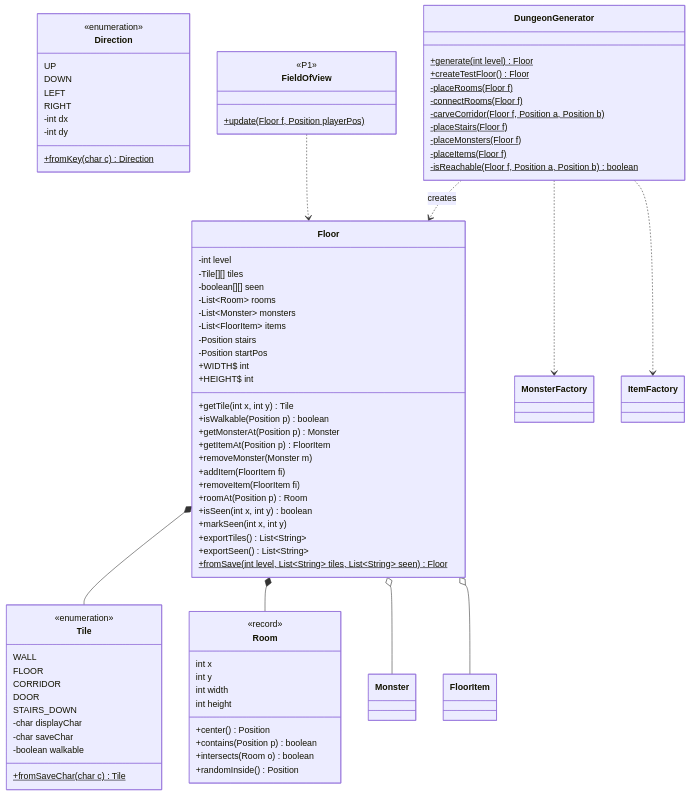
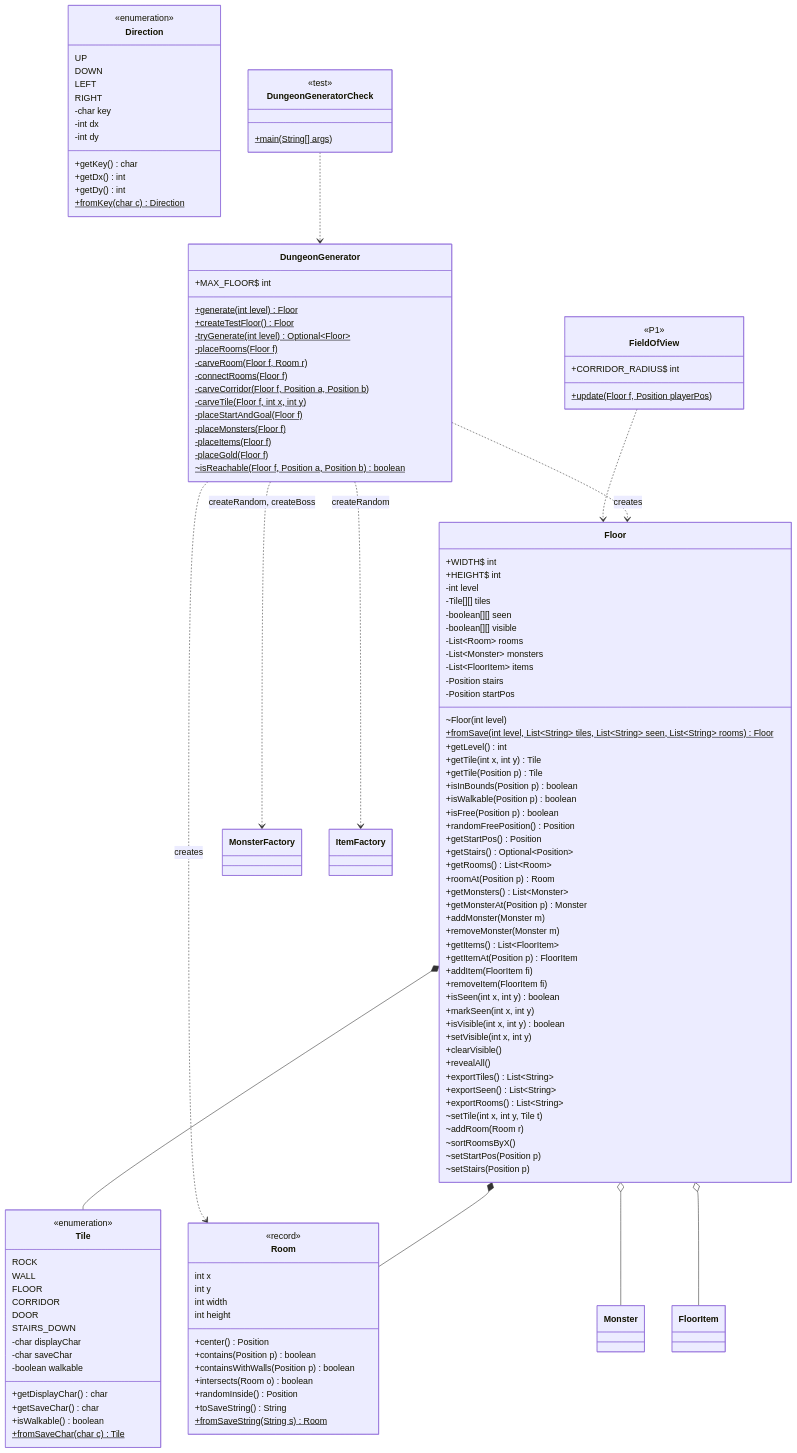
The fifth of 9 diagrams in docs/Class-Diagram.md (likelion-boot-camp-28th/side-project01-team01), drawn with Mermaid before and after one commit. The commit also changed other lines of this file, not shown here.

First line of the commit message:
docs: 클래스 다이어그램 D 파트(맵) 보강안

````diff
--- a/docs/Class-Diagram.md
+++ b/docs/Class-Diagram.md
@@ -423,32 +425,56 @@
 ```mermaid
 classDiagram
     class Floor {
+        +WIDTH$ int
+        +HEIGHT$ int
         -int level
         -Tile[][] tiles
         -boolean[][] seen
+        -boolean[][] visible
         -List~Room~ rooms
         -List~Monster~ monsters
         -List~FloorItem~ items
         -Position stairs
         -Position startPos
-        +WIDTH$ int
-        +HEIGHT$ int
+        ~Floor(int level)
+        +fromSave(int level, List~String~ tiles, List~String~ seen, List~String~ rooms)$ Floor
+        +getLevel() int
         +getTile(int x, int y) Tile
+        +getTile(Position p) Tile
+        +isInBounds(Position p) boolean
         +isWalkable(Position p) boolean
+        +isFree(Position p) boolean
+        +randomFreePosition() Position
+        +getStartPos() Position
+        +getStairs() Optional~Position~
+        +getRooms() List~Room~
+        +roomAt(Position p) Room
+        +getMonsters() List~Monster~
         +getMonsterAt(Position p) Monster
+        +addMonster(Monster m)
+        +removeMonster(Monster m)
+        +getItems() List~FloorItem~
         +getItemAt(Position p) FloorItem
-        +removeMonster(Monster m)
         +addItem(FloorItem fi)
         +removeItem(FloorItem fi)
-        +roomAt(Position p) Room
         +isSeen(int x, int y) boolean
         +markSeen(int x, int y)
+        +isVisible(int x, int y) boolean
+        +setVisible(int x, int y)
+        +clearVisible()
+        +revealAll()
         +exportTiles() List~String~
         +exportSeen() List~String~
-        +fromSave(int level, List~String~ tiles, List~String~ seen)$ Floor
+        +exportRooms() List~String~
+        ~setTile(int x, int y, Tile t)
+        ~addRoom(Room r)
+        ~sortRoomsByX()
+        ~setStartPos(Position p)
+        ~setStairs(Position p)
     }
     class Tile {
         <<enumeration>>
+        ROCK
         WALL
         FLOOR
         CORRIDOR
@@ -457,6 +483,9 @@
         -char displayChar
         -char saveChar
         -boolean walkable
+        +getDisplayChar() char
+        +getSaveChar() char
+        +isWalkable() boolean
         +fromSaveChar(char c)$ Tile
     }
     class Room {
@@ -467,8 +496,11 @@
         int height
         +center() Position
         +contains(Position p) boolean
+        +containsWithWalls(Position p) boolean
         +intersects(Room o) boolean
         +randomInside() Position
+        +toSaveString() String
+        +fromSaveString(String s)$ Room
     }
     class Direction {
         <<enumeration>>
@@ -476,24 +508,38 @@
         DOWN
         LEFT
         RIGHT
+        -char key
         -int dx
         -int dy
+        +getKey() char
+        +getDx() int
+        +getDy() int
         +fromKey(char c)$ Direction
     }
     class DungeonGenerator {
+        +MAX_FLOOR$ int
         +generate(int level)$ Floor
         +createTestFloor()$ Floor
+        -tryGenerate(int level)$ Optional~Floor~
         -placeRooms(Floor f)$
+        -carveRoom(Floor f, Room r)$
         -connectRooms(Floor f)$
         -carveCorridor(Floor f, Position a, Position b)$
-        -placeStairs(Floor f)$
+        -carveTile(Floor f, int x, int y)$
+        -placeStartAndGoal(Floor f)$
         -placeMonsters(Floor f)$
         -placeItems(Floor f)$
-        -isReachable(Floor f, Position a, Position b)$ boolean
+        -placeGold(Floor f)$
+        ~isReachable(Floor f, Position a, Position b)$ boolean
     }
     class FieldOfView {
         <<P1>>
+        +CORRIDOR_RADIUS$ int
         +update(Floor f, Position playerPos)$
+    }
+    class DungeonGeneratorCheck {
+        <<test>>
+        +main(String[] args)$
     }
 
     Floor *-- Tile
@@ -501,7 +547,9 @@
     Floor o-- Monster
     Floor o-- FloorItem
     DungeonGenerator ..> Floor : creates
-    DungeonGenerator ..> MonsterFactory
-    DungeonGenerator ..> ItemFactory
+    DungeonGenerator ..> Room : creates
+    DungeonGenerator ..> MonsterFactory : createRandom, createBoss
+    DungeonGenerator ..> ItemFactory : createRandom
     FieldOfView ..> Floor
+    DungeonGeneratorCheck ..> DungeonGenerator
 ```
````
